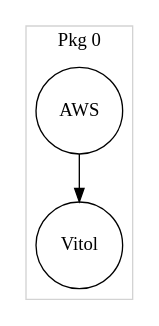
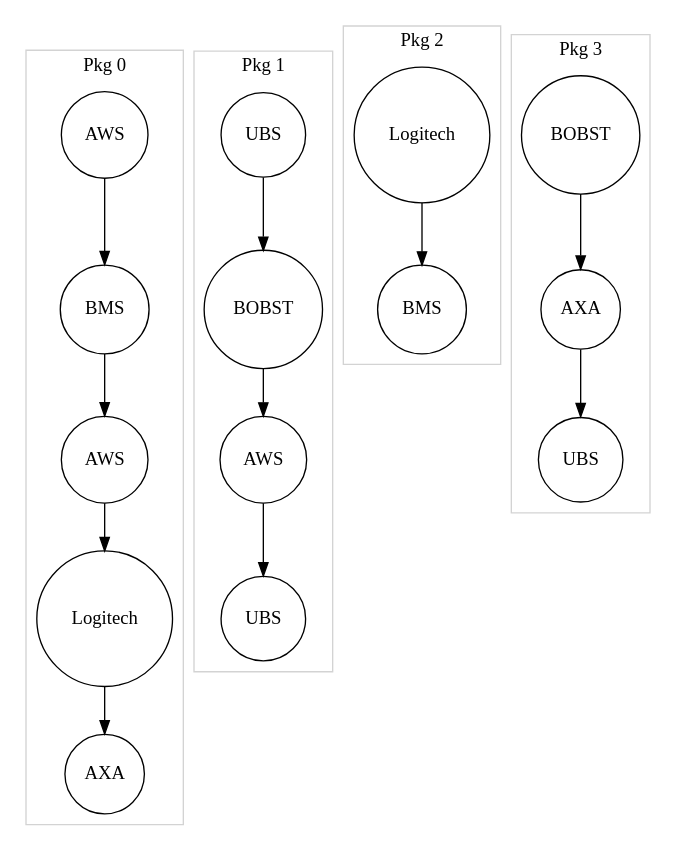
One commit to SolomonTracker/bobstracker changed the diagram in demo/.graph.gv. Above: the diagram before and after it, drawn with Graphviz. The commit also changed 21 other files, not shown here.

```diff
--- a/demo/.graph.gv
+++ b/demo/.graph.gv
@@ -1,10 +1,46 @@
 digraph "Package Life Graph" {
 	subgraph cluster_0 {
 		styled=filled
 		color=lightgray
 		label="Pkg 0"
 		00 [label=AWS shape=circle]
-		01 [label=Vitol shape=circle]
+		01 [label=BMS shape=circle]
 		00 -> 01
+		02 [label=AWS shape=circle]
+		01 -> 02
+		03 [label=Logitech shape=circle]
+		02 -> 03
+		04 [label=AXA shape=circle]
+		03 -> 04
+	}
+	subgraph cluster_1 {
+		styled=filled
+		color=lightgray
+		label="Pkg 1"
+		10 [label=UBS shape=circle]
+		11 [label=BOBST shape=circle]
+		10 -> 11
+		12 [label=AWS shape=circle]
+		11 -> 12
+		13 [label=UBS shape=circle]
+		12 -> 13
+	}
+	subgraph cluster_2 {
+		styled=filled
+		color=lightgray
+		label="Pkg 2"
+		20 [label=Logitech shape=circle]
+		21 [label=BMS shape=circle]
+		20 -> 21
+	}
+	subgraph cluster_3 {
+		styled=filled
+		color=lightgray
+		label="Pkg 3"
+		30 [label=BOBST shape=circle]
+		31 [label=AXA shape=circle]
+		30 -> 31
+		32 [label=UBS shape=circle]
+		31 -> 32
 	}
 }
```
